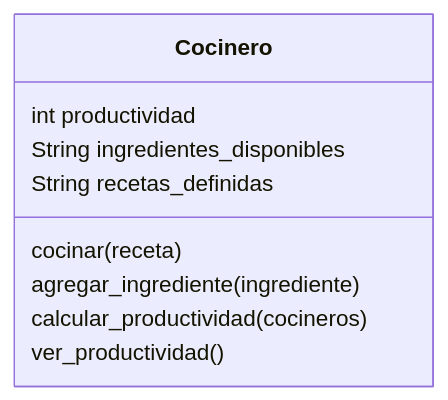
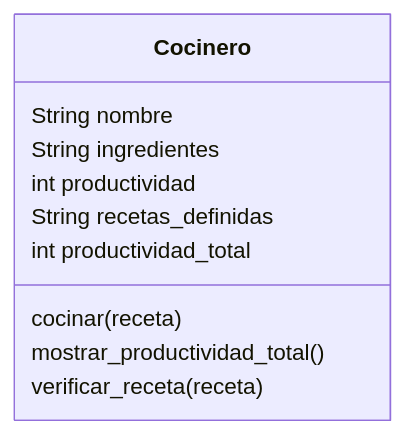
One commit to StephanieApaza/psg-oop-2025 changed the diagram in retos_sesion_03/ejercicio_02.md. Above: the diagram before and after it, drawn with Mermaid. The commit also changed other lines of this file, not shown here.

Commit message:
Cambios en las características y métodos del análisis

````diff
--- a/retos_sesion_03/ejercicio_02.md
+++ b/retos_sesion_03/ejercicio_02.md
@@ -26,12 +26,13 @@
 ```mermaid
 classDiagram
     class Cocinero {
+        String nombre
+        String ingredientes
         int productividad
-        String ingredientes_disponibles
         String recetas_definidas
+        int productividad_total
         cocinar(receta)
-        agregar_ingrediente(ingrediente)
-        calcular_productividad(cocineros)
-        ver_productividad()
+        mostrar_productividad_total()
+        verificar_receta(receta)
     }
 ```
````
